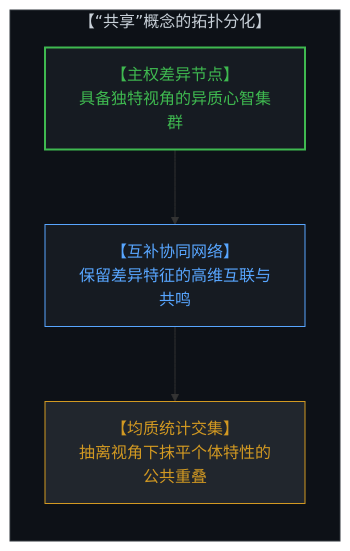
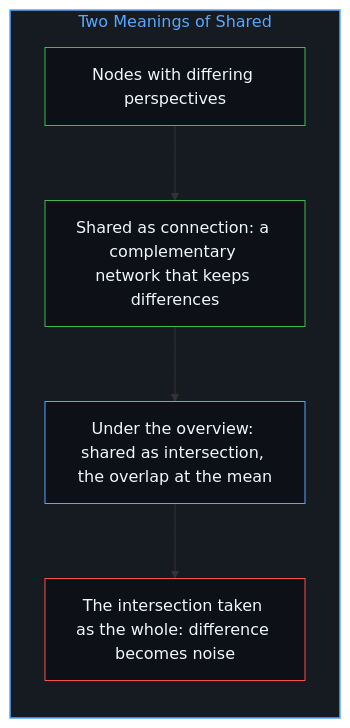
The sixth of 12 diagrams in content/posts/the-illusion-of-distance-and-the-dual-ruler.md (powerpig99/not-a-toe), drawn with Mermaid before and after one commit. The commit also changed other lines of this file, not shown here.

Commit message:
Refine the-illusion-of-distance-and-the-dual-ruler: alternating bilingual layout, six paired diagrams, rules and the statistical overlap given their use, implicit first person

````diff
--- a/content/posts/the-illusion-of-distance-and-the-dual-ruler.md
+++ b/content/posts/the-illusion-of-distance-and-the-dual-ruler.md
@@ -93,15 +161,19 @@
 ```mermaid
-graph TD
-    subgraph SharedDuality["【“共享”概念的拓扑分化】"]
+flowchart TD
+    subgraph S_Shared["Two Meanings of Shared"]
         direction TB
-        UniqueNodes["【主权差异节点】<br>具备独特视角的异质心智集群"]
-        RelationalNetwork["【互补协同网络】<br>保留差异特征的高维互联与共鸣"]
-        HomogenizedMean["【均质统计交集】<br>抽离视角下抹平个体特性的公共重叠"]
-        UniqueNodes --> RelationalNetwork
-        RelationalNetwork --> HomogenizedMean
+        Nodes["Nodes with differing perspectives"]
+        Net["Shared as connection: a complementary network that keeps differences"]
+        Mean["Under the overview: shared as intersection, the overlap at the mean"]
+        Noise["The intersection taken as the whole: difference becomes noise"]
+        Nodes --> Net
+        Net --> Mean
+        Mean --> Noise
     end
-    style SharedDuality fill:#0d1117,stroke:#30363d,stroke-width:1px,color:#c9d1d9
-    style UniqueNodes fill:#161b22,stroke:#3fb950,stroke-width:2px,color:#3fb950
-    style RelationalNetwork fill:#161b22,stroke:#58a6ff,stroke-width:1px,color:#58a6ff
-    style HomogenizedMean fill:#21262d,stroke:#d29922,stroke-width:1px,color:#d29922
+
+    style S_Shared fill:#161b22,stroke:#58a6ff,stroke-width:1.5px,color:#58a6ff
+    style Nodes fill:#0d1117,stroke:#3fb950,stroke-width:1px,color:#f0f6fc
+    style Net fill:#0d1117,stroke:#3fb950,stroke-width:1px,color:#f0f6fc
+    style Mean fill:#0d1117,stroke:#58a6ff,stroke-width:1px,color:#f0f6fc
+    style Noise fill:#0d1117,stroke:#f85149,stroke-width:1px,color:#f0f6fc
 ```
````
